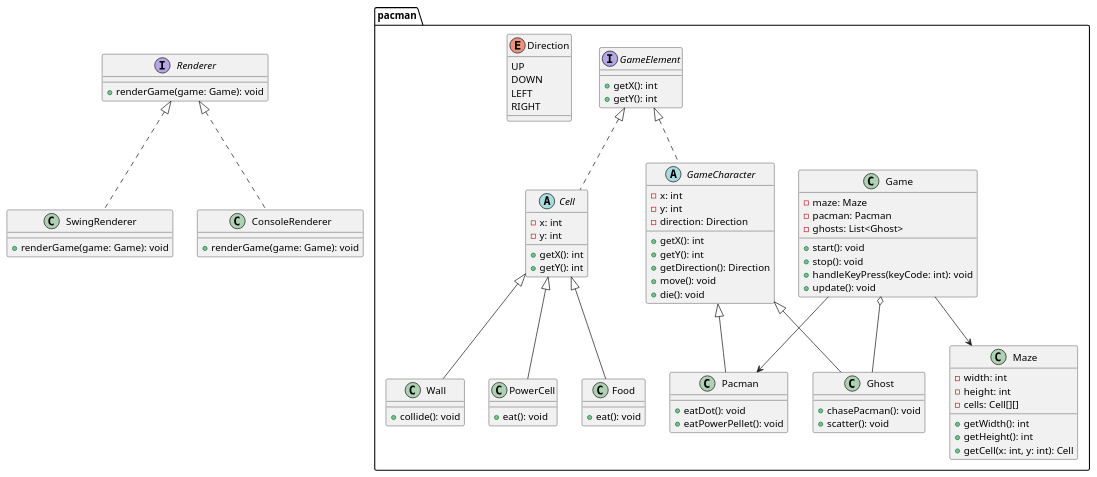
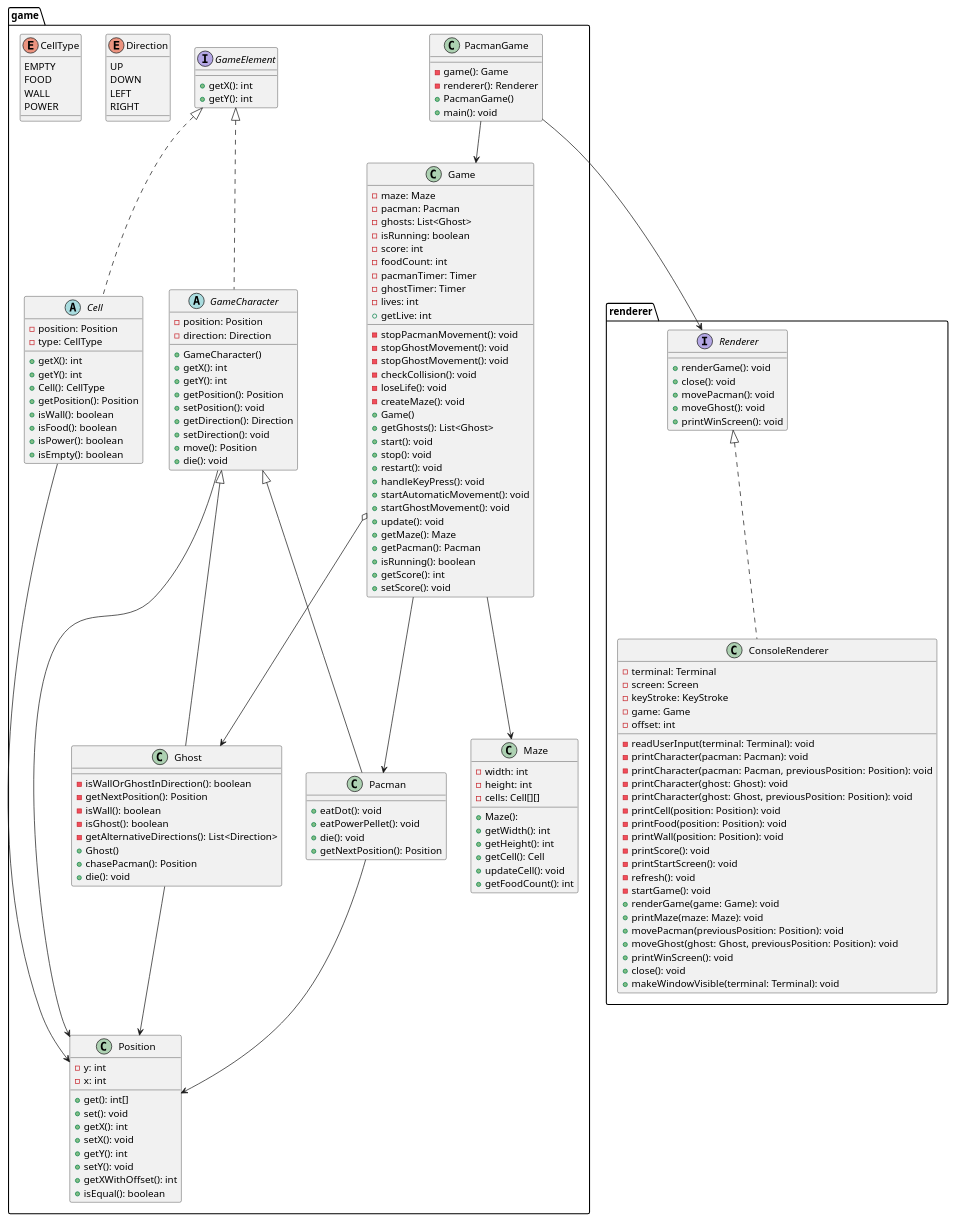
One commit to eabol/awesome-projects-prograii changed the diagram in pacman/docs/pacmanDiagram.puml. Above: the diagram before and after it, drawn with PlantUML. The commit also changed 20 other files, not shown here.

```diff
--- a/pacman/docs/pacmanDiagram.puml
+++ b/pacman/docs/pacmanDiagram.puml
@@ -1,83 +1,170 @@
 @startuml
-package pacman {
+package game {
   class Game {
     - maze: Maze
     - pacman: Pacman
     - ghosts: List<Ghost>
+    - isRunning: boolean
+    - score: int
+    - foodCount: int
+    - pacmanTimer: Timer
+    - ghostTimer: Timer
+    - lives: int
+    - stopPacmanMovement(): void
+    - stopGhostMovement(): void
+    - stopGhostMovement(): void
+    - checkCollision(): void
+    - loseLife(): void
+    - createMaze(): void
+    + Game()
+    + getLive: int
+    + getGhosts(): List<Ghost>
     + start(): void
     + stop(): void
-    + handleKeyPress(keyCode: int): void
+    + restart(): void
+    + handleKeyPress(): void
+    + startAutomaticMovement(): void
+    + startGhostMovement(): void
     + update(): void
+    + getMaze(): Maze
+    + getPacman(): Pacman
+    + isRunning(): boolean
+    + getScore(): int
+    + setScore(): void
+  }
+  class PacmanGame {
+  - game(): Game
+  - renderer(): Renderer
+  + PacmanGame()
+  + main(): void
   }
   class Maze {
     - width: int
     - height: int
     - cells: Cell[][]
+    + Maze():
     + getWidth(): int
     + getHeight(): int
-    + getCell(x: int, y: int): Cell
+    + getCell(): Cell
+    + updateCell(): void
+    + getFoodCount(): int
   }
-  abstract class Cell implements GameElement{
-    - x: int
-    - y: int
+  abstract class Cell implements GameElement {
+    - position: Position
+    - type: CellType
     + getX(): int
     + getY(): int
-  }
-  class Food {
-    + eat(): void
-  }
-  class Wall {
-    + collide(): void
-  }
-  class PowerCell {
-    + eat(): void
+    + Cell(): CellType
+    + getPosition(): Position
+    + isWall(): boolean
+    + isFood(): boolean
+    + isPower(): boolean
+    + isEmpty(): boolean
   }
   abstract class GameCharacter implements GameElement {
-    - x: int
-    - y: int
+    - position: Position
     - direction: Direction
+    + GameCharacter()
     + getX(): int
     + getY(): int
+    + getPosition(): Position
+    + setPosition(): void
     + getDirection(): Direction
-    + move(): void
+    + setDirection(): void
+    + move(): Position
     + die(): void
+  }
+  class Position {
+  - y: int
+  - x: int
+  + get(): int[]
+  + set(): void
+  + getX(): int
+  + setX(): void
+  + getY(): int
+  + setY(): void
+  + getXWithOffset(): int
+  + isEqual(): boolean
   }
   class Pacman {
     + eatDot(): void
     + eatPowerPellet(): void
+    + die(): void
+    + getNextPosition(): Position
   }
   class Ghost {
-    + chasePacman(): void
-    + scatter(): void
+    - isWallOrGhostInDirection(): boolean
+    - getNextPosition(): Position
+    - isWall(): boolean
+    - isGhost(): boolean
+    - getAlternativeDirections(): List<Direction>
+    + Ghost()
+    + chasePacman(): Position
+    + die(): void
   }
   enum Direction {
     UP
     DOWN
     LEFT
     RIGHT
+  }
+    enum CellType {
+    EMPTY
+    FOOD
+    WALL
+    POWER
   }
   interface GameElement {
     + getX(): int
     + getY(): int
   }
   GameCharacter <|-- Pacman
   GameCharacter <|-- Ghost
   Game --> Maze
   Game --> Pacman
-  Game o-- Ghost
-  Cell <|-- Food
-  Cell <|-- Wall
-  Cell <|-- PowerCell
+  Game o--> Ghost
+  PacmanGame --> Game
+  Cell --> Position
+  GameCharacter --> Position
+  Ghost --> Position
+  Pacman --> Position
+
 }
+package renderer {
 interface Renderer {
-  + renderGame(game: Game): void
-}
-class SwingRenderer{
-  + renderGame(game: Game): void
+  + renderGame(): void
+  + close(): void
+  + movePacman(): void
+  + moveGhost(): void
+  + printWinScreen(): void
 }
 class ConsoleRenderer{
+  - terminal: Terminal
+  - screen: Screen
+  - keyStroke: KeyStroke
+  - game: Game
+  - offset: int
+  - readUserInput(terminal: Terminal): void
+  - printCharacter(pacman: Pacman): void
+  - printCharacter(pacman: Pacman, previousPosition: Position): void
+  - printCharacter(ghost: Ghost): void
+  - printCharacter(ghost: Ghost, previousPosition: Position): void
+  - printCell(position: Position): void
+  - printFood(position: Position): void
+  - printWall(position: Position): void
+  - printScore(): void
+  - printStartScreen(): void
+  - refresh(): void
+  - startGame(): void
   + renderGame(game: Game): void
+  + printMaze(maze: Maze): void
+  + movePacman(previousPosition: Position): void
+  + moveGhost(ghost: Ghost, previousPosition: Position): void
+  + printWinScreen(): void
+  + close(): void
+  + makeWindowVisible(terminal: Terminal): void
+
 }
-Renderer <|.. SwingRenderer
 Renderer <|.. ConsoleRenderer
+PacmanGame --> Renderer
 @enduml
```
